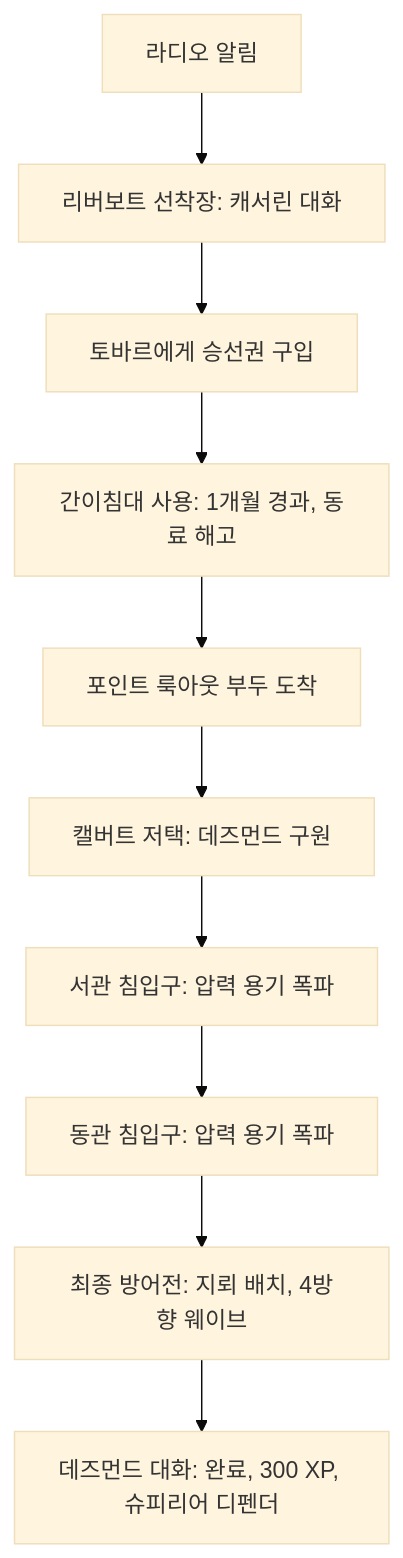
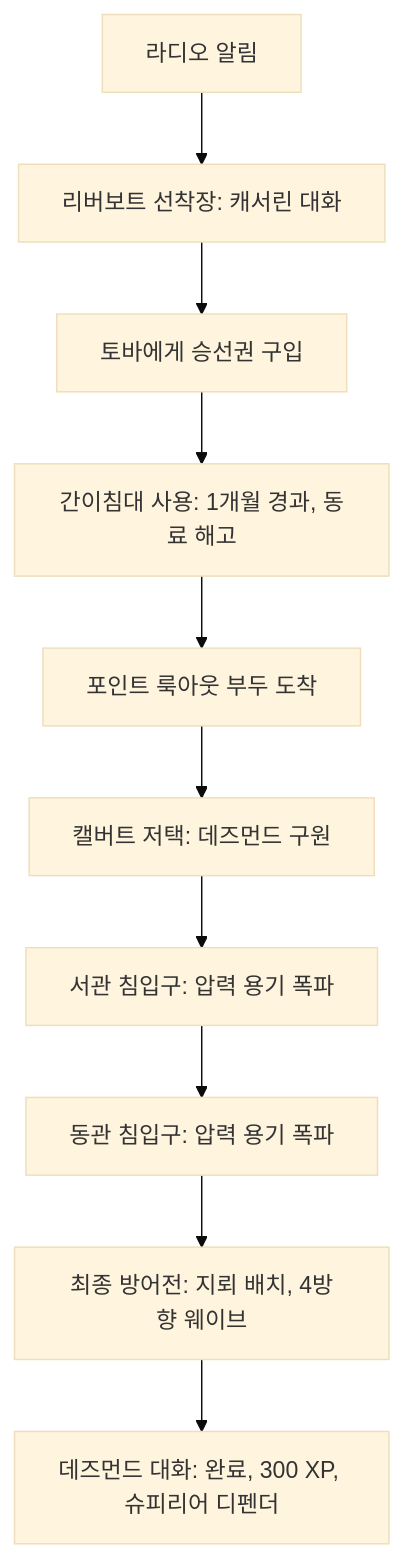
The second of 15 diagrams in docs/reverse-design/08d_dlc-point-lookout.md (forsurvive/003), drawn with Mermaid (base theme) before and after one commit. The commit also changed other lines of this file and 27 other files, not shown here.

````diff
--- a/docs/reverse-design/08d_dlc-point-lookout.md
+++ b/docs/reverse-design/08d_dlc-point-lookout.md
@@ -177,12 +177,12 @@
 ```mermaid
 flowchart TD
     A["라디오 알림"] --> B["리버보트 선착장: 캐서린 대화"]
-    B --> C["토바르에게 승선권 구입"]
+    B --> C["토바에게 승선권 구입"]
     C --> D["간이침대 사용: 1개월 경과, 동료 해고"]
     D --> E["포인트 룩아웃 부두 도착"]
     E --> F["캘버트 저택: 데즈먼드 구원"]
     F --> G["서관 침입구: 압력 용기 폭파"]
     G --> H["동관 침입구: 압력 용기 폭파"]
     H --> I["최종 방어전: 지뢰 배치, 4방향 웨이브"]
     I --> J["데즈먼드 대화: 완료, 300 XP, 슈피리어 디펜더"]
 ```
````
